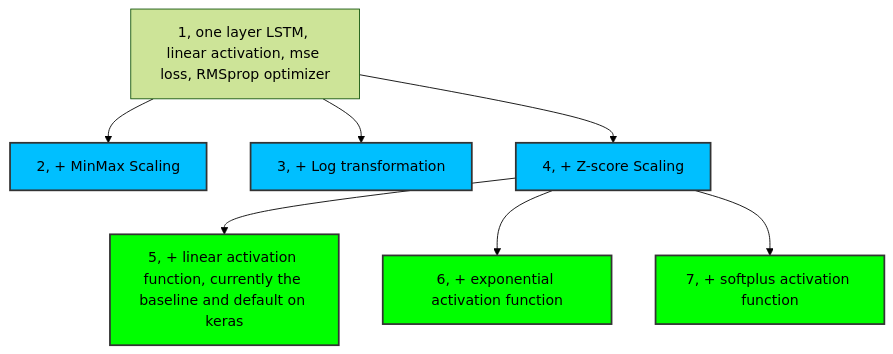
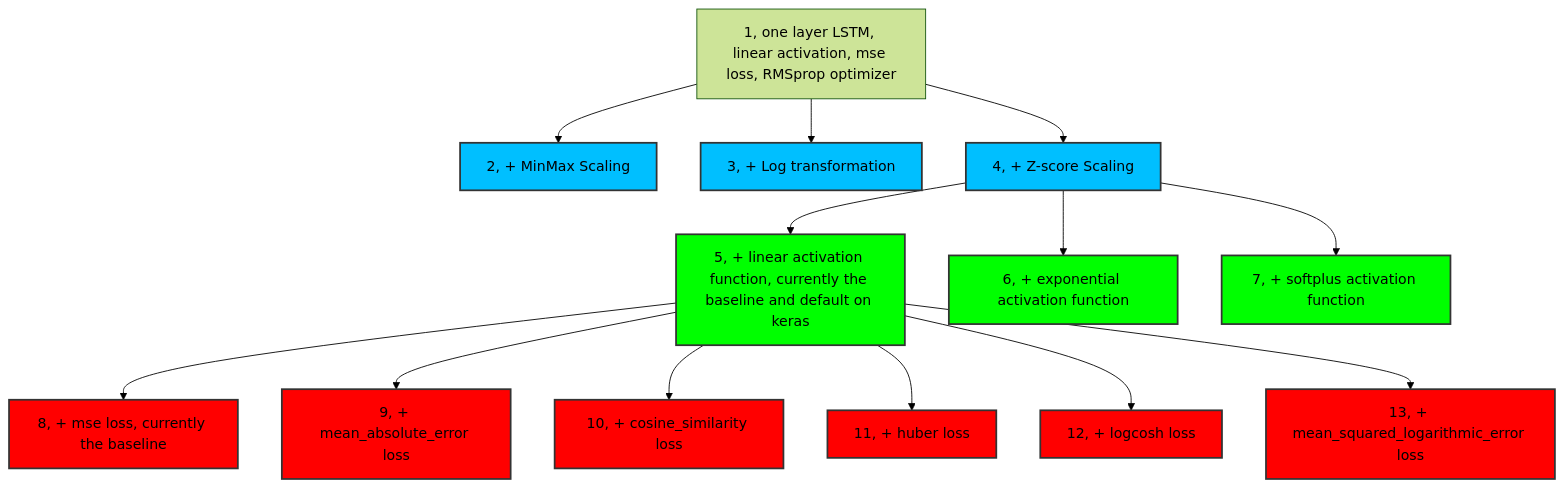
One commit to zihaozeng0021/currency-exchange-rate-forecasting changed the diagram in src/models/LSTM/LSTM_regressor/experiment_hierarchy.md. Above: the diagram before and after it, drawn with Mermaid (forest theme). The commit also changed 12 other files, not shown here.

````diff
--- a/src/models/LSTM/LSTM_regressor/experiment_hierarchy.md
+++ b/src/models/LSTM/LSTM_regressor/experiment_hierarchy.md
@@ -1,17 +1,26 @@
 ```mermaid
 graph TD
     1[1, one layer LSTM, linear activation, mse loss, RMSprop optimizer] --> 2[2, + MinMax Scaling]
     1 --> 3[3, + Log transformation]
     1 --> 4[4, + Z-score Scaling]
     4 --> 5[5, + linear activation function, currently the baseline and default on keras]
     4 --> 6[6, + exponential activation function]
     4 --> 7[7, + softplus activation function]
+    5 --> 8[8, + mse loss, currently the baseline]
+    5 --> 9[9, + mean_absolute_error loss]
+    5 --> 10[10, + cosine_similarity loss]
+    5 --> 11[11, + huber loss]
+    5 --> 12[12, + logcosh loss]
+    5 --> 13[13, + mean_squared_logarithmic_error loss]
     
     
     classDef brightBlue fill:#00BFFF,stroke:#333,stroke-width:2px;
     class 2,3,4 brightBlue;
     
     classDef brightGreen fill:#00FF00,stroke:#333,stroke-width:2px;
     class 5,6,7 brightGreen;
     
+    classDef brightRed fill:#FF0000,stroke:#333,stroke-width:2px;
+    class 8,9,10,11,12,13 brightRed;
+    
 ```
````
